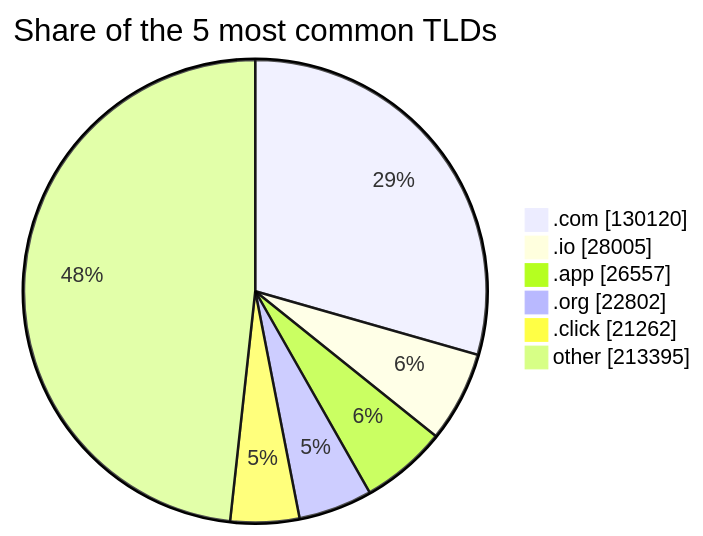
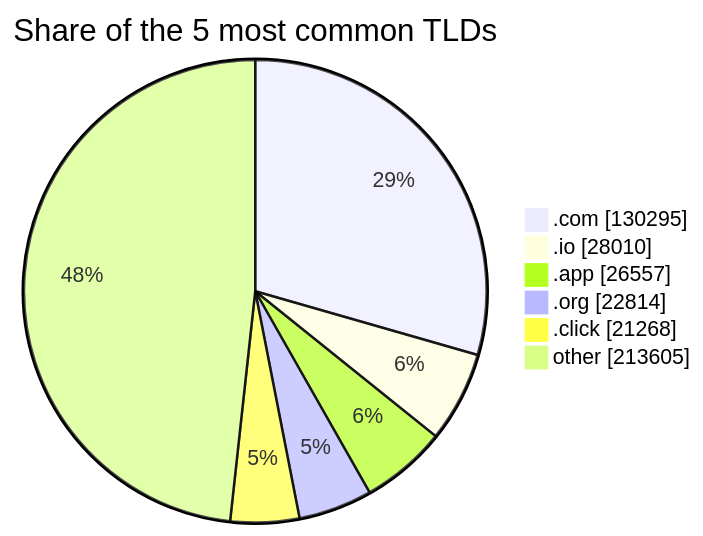
Before and after one commit to DNSBunker/CTI: the third of 3 diagrams in README.md, drawn with Mermaid. The commit also changed other lines of this file and 3 other files, not shown here.

````diff
--- a/README.md
+++ b/README.md
@@ -81,9 +81,9 @@
 ```mermaid
 pie showData title Share of the 5 most common TLDs
-    ".com" : 130120
-    ".io" : 28005
+    ".com" : 130295
+    ".io" : 28010
     ".app" : 26557
-    ".org" : 22802
-    ".click" : 21262
-    "other" : 213395
+    ".org" : 22814
+    ".click" : 21268
+    "other" : 213605
 ```
````
